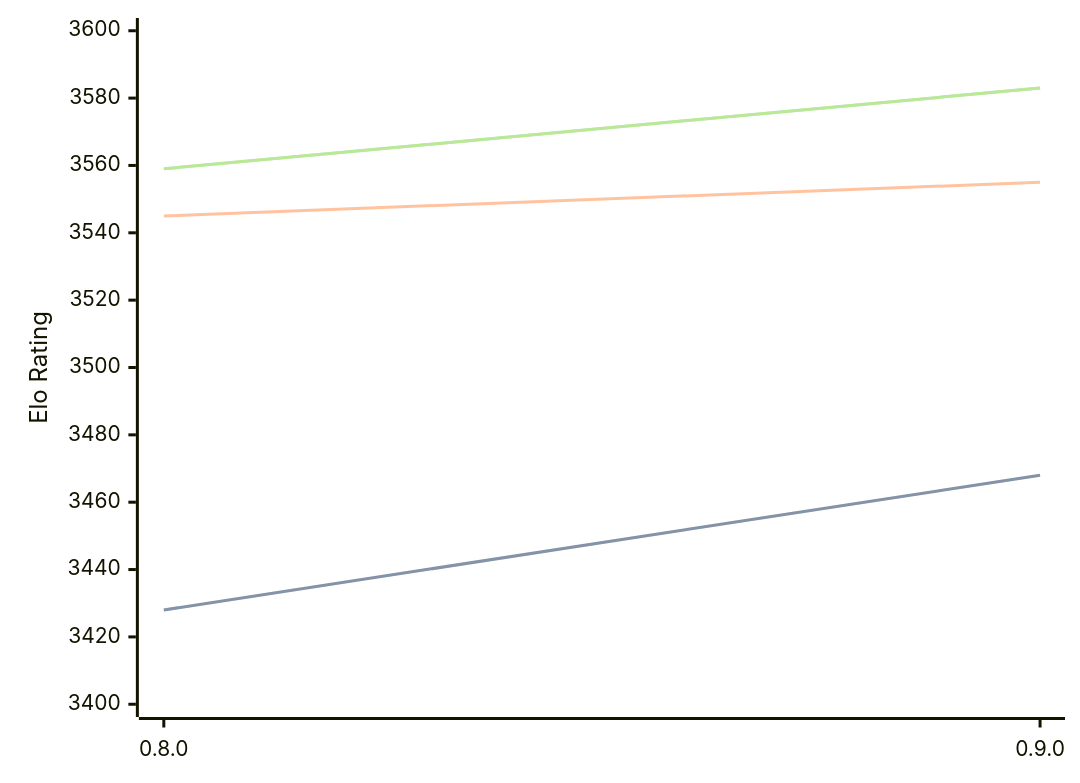
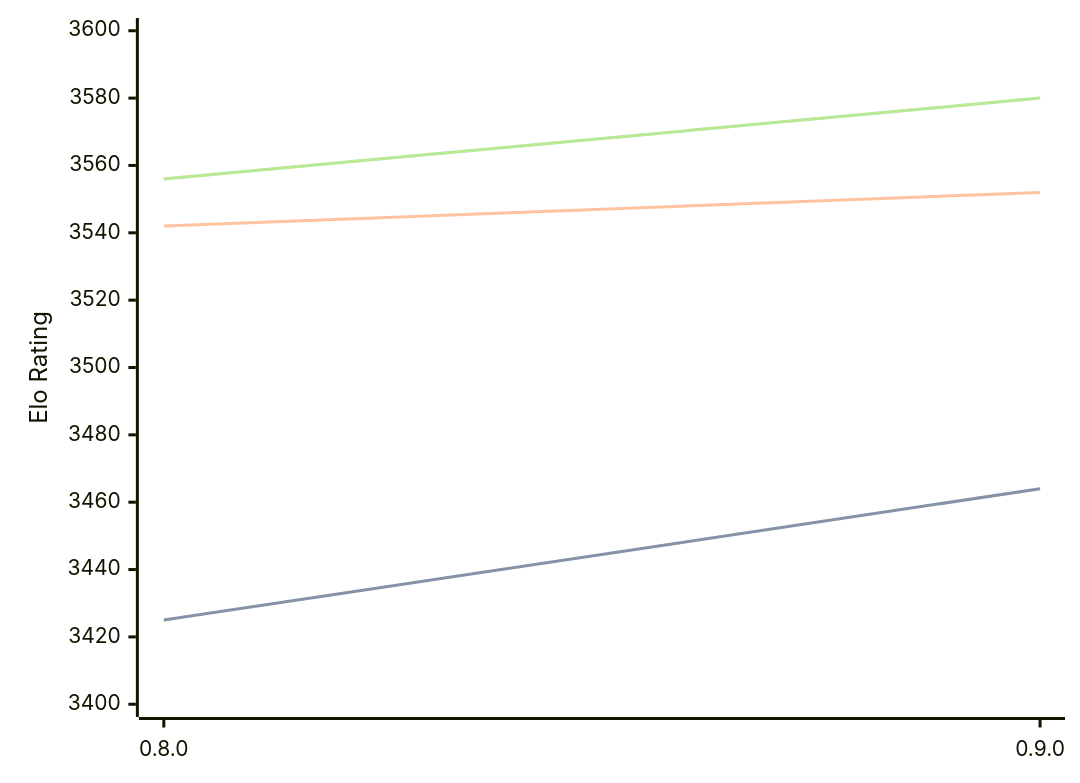
One commit to computer-chess-index/cci changed the diagram in engines/Reckless.md. Above: the diagram before and after it, drawn with Mermaid. The commit also changed other lines of this file, not shown here.

Commit message:
Update CCI Ratings (ELO VLTC) - 2026-06-08

````diff
--- a/engines/Reckless.md
+++ b/engines/Reckless.md
@@ -39,11 +39,11 @@
 ```mermaid
 %%{init: {"theme":"base","themeVariables":{"seriesColors:['#a3a3a3','#222221','#faa371']}}}%%
 xychart-beta
   x-axis ["0.8.0", "0.9.0"]
   y-axis "Elo Rating" 3400 --> 3600
-  line "STC (8.0+0.08s)" [3428, 3468]
-  line "STC (8.0+0.08s)" [3428, 3468]
-  line "LTC (60.0+0.60s)" [3545, 3555]
-  line "VLTC (2m24s+1.12s)" [3559, 3583]
-  line "VLTC (2m24s+1.12s)" [3559, 3583]
+  line "STC (8.0+0.08s)" [3425, 3464]
+  line "STC (8.0+0.08s)" [3425, 3464]
+  line "LTC (60.0+0.60s)" [3542, 3552]
+  line "VLTC (2m24s+1.12s)" [3556, 3580]
+  line "VLTC (2m24s+1.12s)" [3556, 3580]
 ```
````
